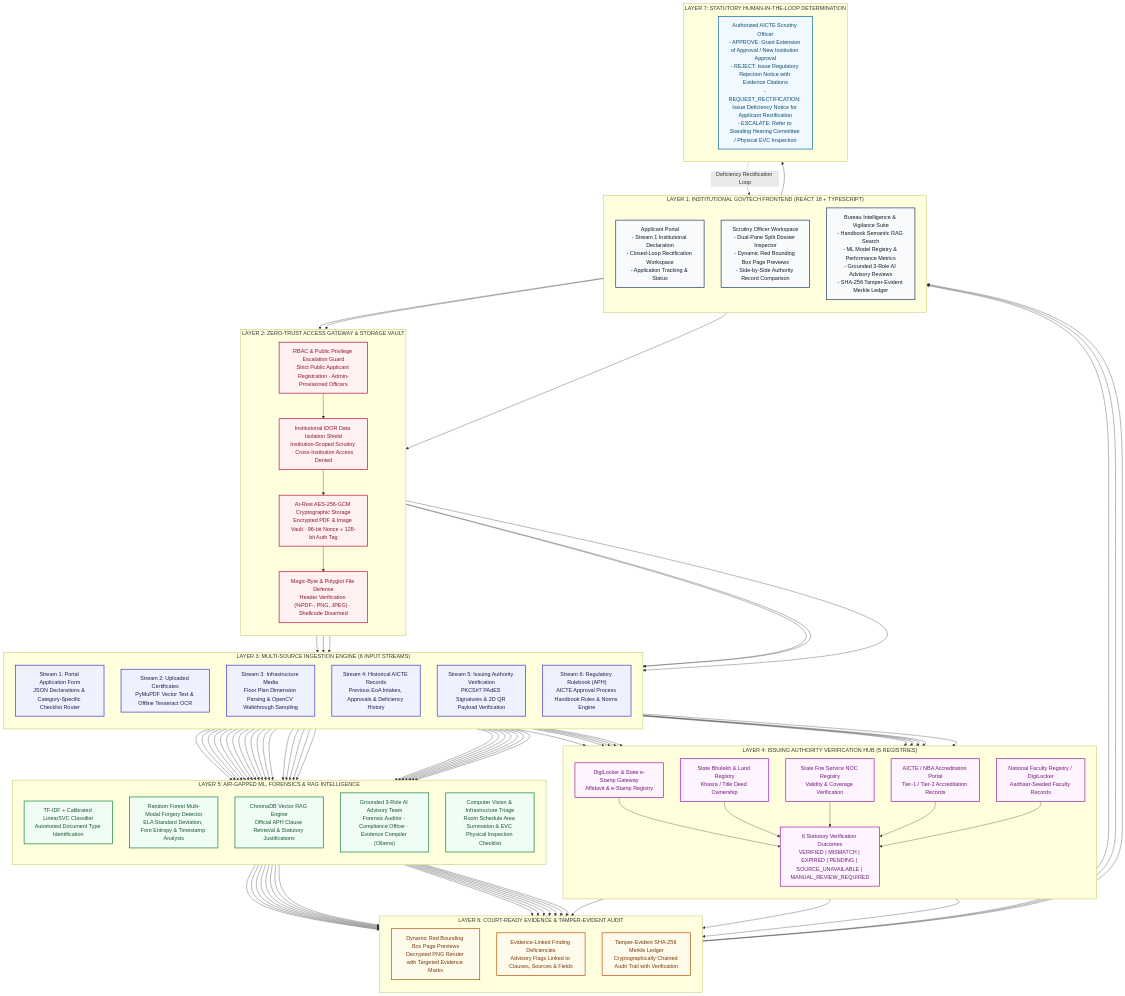
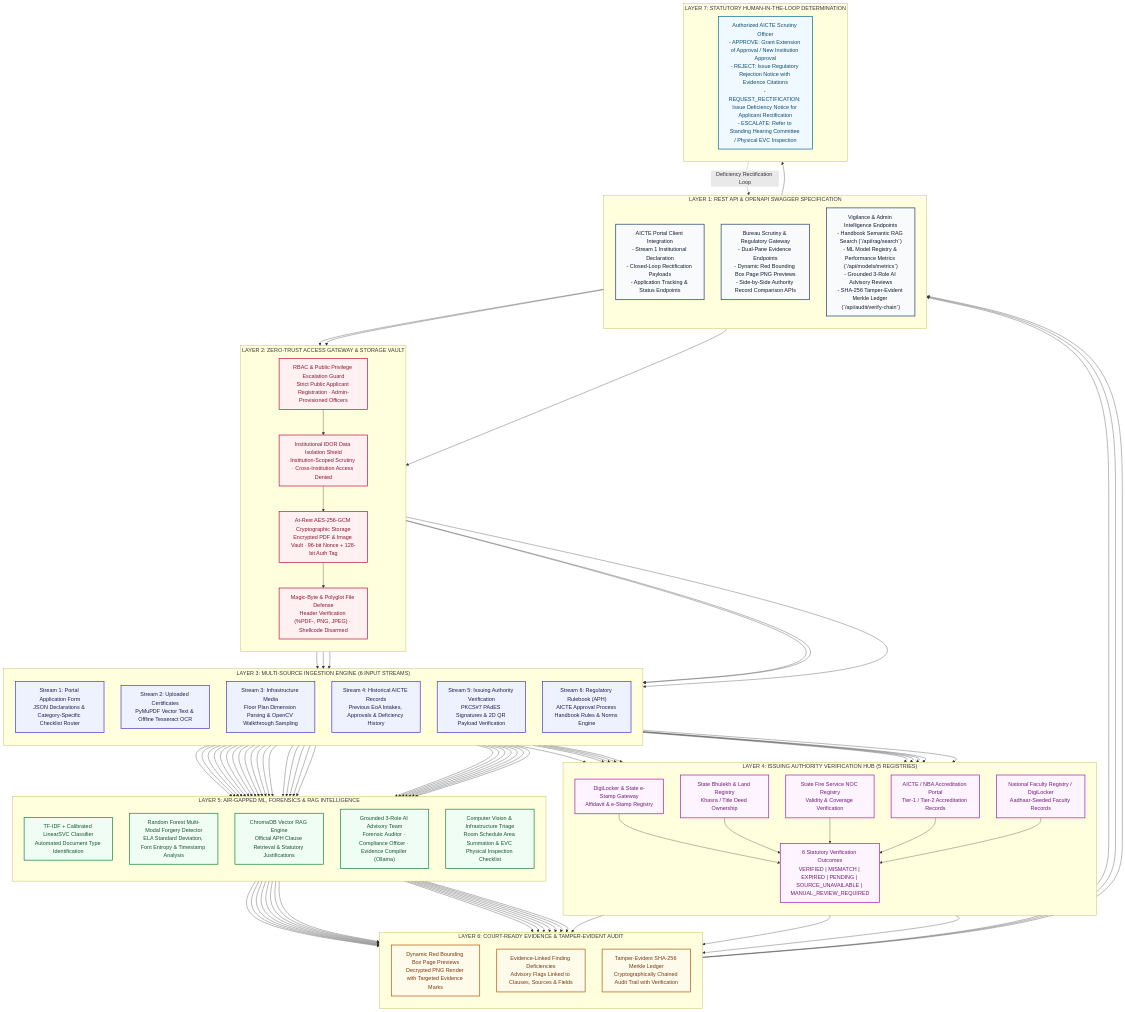
Before and after one commit to ELANGKATHIR11/TRACE-AIML: the diagram in README.md, drawn with Mermaid. The commit also changed other lines of this file and 1442 other files, not shown here.

```diff
--- a/README.md
+++ b/README.md
@@ -50,12 +48,12 @@
     classDef ledgerLayer fill:#FFFBEB,stroke:#B45309,stroke-width:2px,color:#78350F;
     classDef decisionLayer fill:#F0F9FF,stroke:#0369A1,stroke-width:2px,color:#0C4A6E;
 
-    %% LAYER 1: CLIENT PRESENTATION TIER
-    subgraph L1 ["LAYER 1: INSTITUTIONAL GOVTECH FRONTEND (REACT 18 + TYPESCRIPT)"]
+    %% LAYER 1: API INTEGRATION & INTERACTIVE SWAGGER SPEC
+    subgraph L1 ["LAYER 1: REST API & OPENAPI SWAGGER SPECIFICATION"]
         direction TB
-        C1["Applicant Portal<br/>- Stream 1 Institutional Declaration<br/>- Closed-Loop Rectification Workspace<br/>- Application Tracking & Status"]:::clientLayer
-        C2["Scrutiny Officer Workspace<br/>- Dual-Pane Split Dossier Inspector<br/>- Dynamic Red Bounding Box Page Previews<br/>- Side-by-Side Authority Record Comparison"]:::clientLayer
-        C3["Bureau Intelligence & Vigilance Suite<br/>- Handbook Semantic RAG Search<br/>- ML Model Registry & Performance Metrics<br/>- Grounded 3-Role AI Advisory Reviews<br/>- SHA-256 Tamper-Evident Merkle Ledger"]:::clientLayer
+        C1["AICTE Portal Client Integration<br/>- Stream 1 Institutional Declaration<br/>- Closed-Loop Rectification Payloads<br/>- Application Tracking & Status Endpoints"]:::clientLayer
+        C2["Bureau Scrutiny & Regulatory Gateway<br/>- Dual-Pane Evidence Endpoints<br/>- Dynamic Red Bounding Box Page PNG Previews<br/>- Side-by-Side Authority Record Comparison APIs"]:::clientLayer
+        C3["Vigilance & Admin Intelligence Endpoints<br/>- Handbook Semantic RAG Search (`/api/rag/search`)<br/>- ML Model Registry & Performance Metrics (`/api/models/metrics`)<br/>- Grounded 3-Role AI Advisory Reviews<br/>- SHA-256 Tamper-Evident Merkle Ledger (`/api/audit/verify-chain`)"]:::clientLayer
     end
 
     %% LAYER 2: SECURITY & ZERO-TRUST GATEWAY
```
